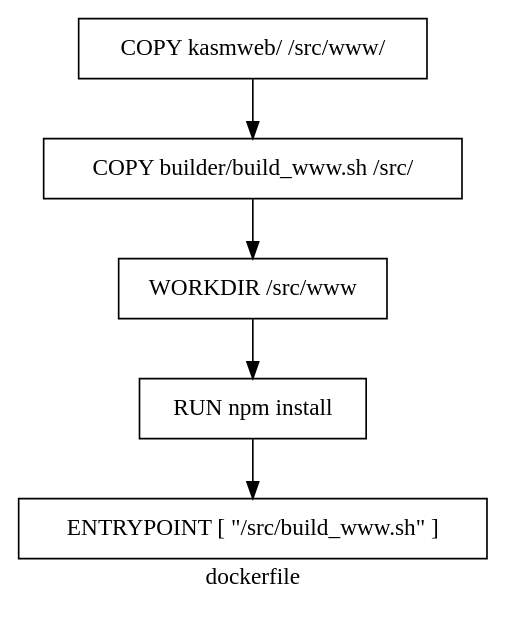
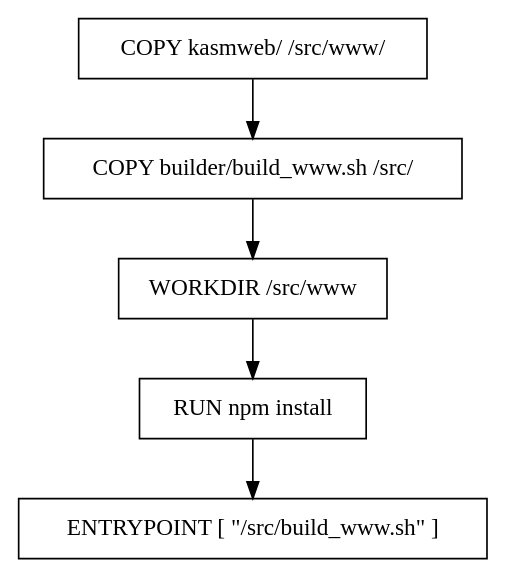
One commit to moonpiedumplings/quartotest changed the third of 4 diagrams in posts/compiling-kasmvnc-on-nixos/index.qmd. Above: the diagram before and after it, drawn with Graphviz. The commit also changed other lines of this file and 1 other file, not shown here.

````diff
--- a/posts/compiling-kasmvnc-on-nixos/index.qmd
+++ b/posts/compiling-kasmvnc-on-nixos/index.qmd
@@ -263,14 +269,13 @@
 ```{dot}
 digraph BuildWWW {
    node [shape="rectangle"]
-      label = "dockerfile";
 
       buildwwwsh [label="ENTRYPOINT [ \"/src/build_www.sh\" ]", URL="https://github.com/kasmtech/KasmVNC/blob/master/builder/build_www.sh"]
 
       "COPY kasmweb/ /src/www/" -> "COPY builder/build_www.sh /src/"
       "COPY builder/build_www.sh /src/" -> "WORKDIR /src/www"
       "WORKDIR /src/www" -> "RUN npm install"
       "RUN npm install" -> buildwwwsh
 
    }
 ```
````
